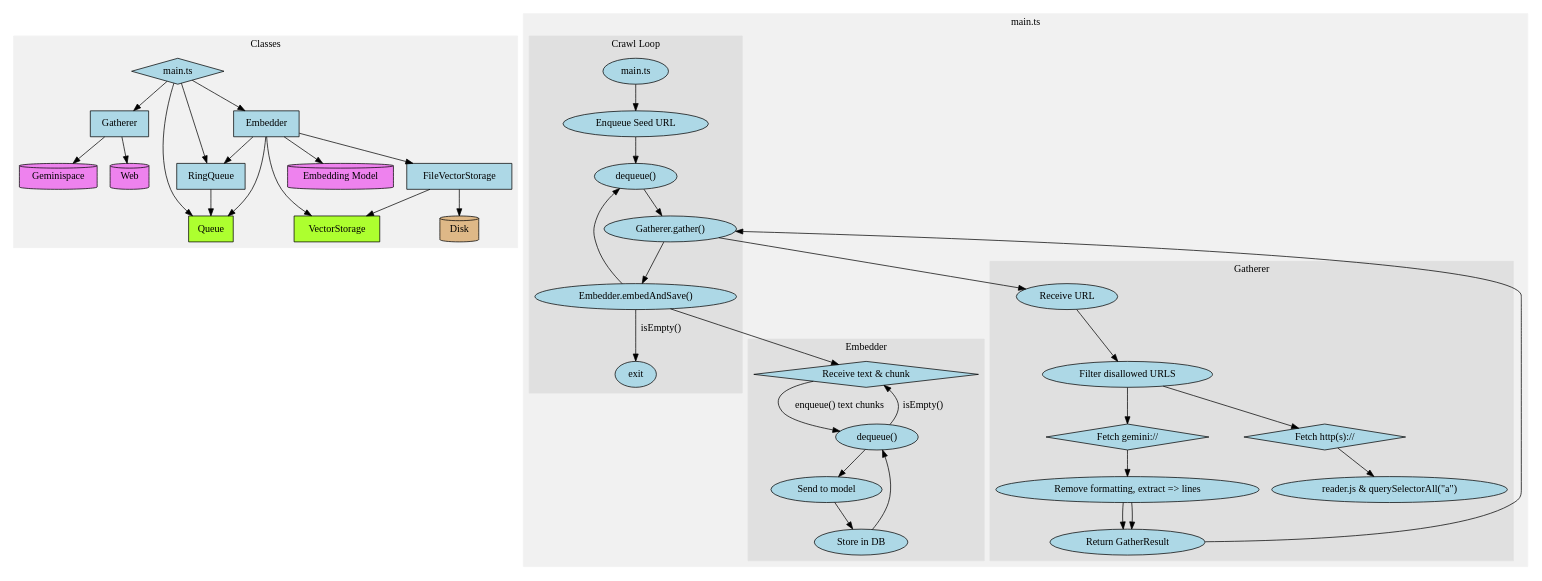
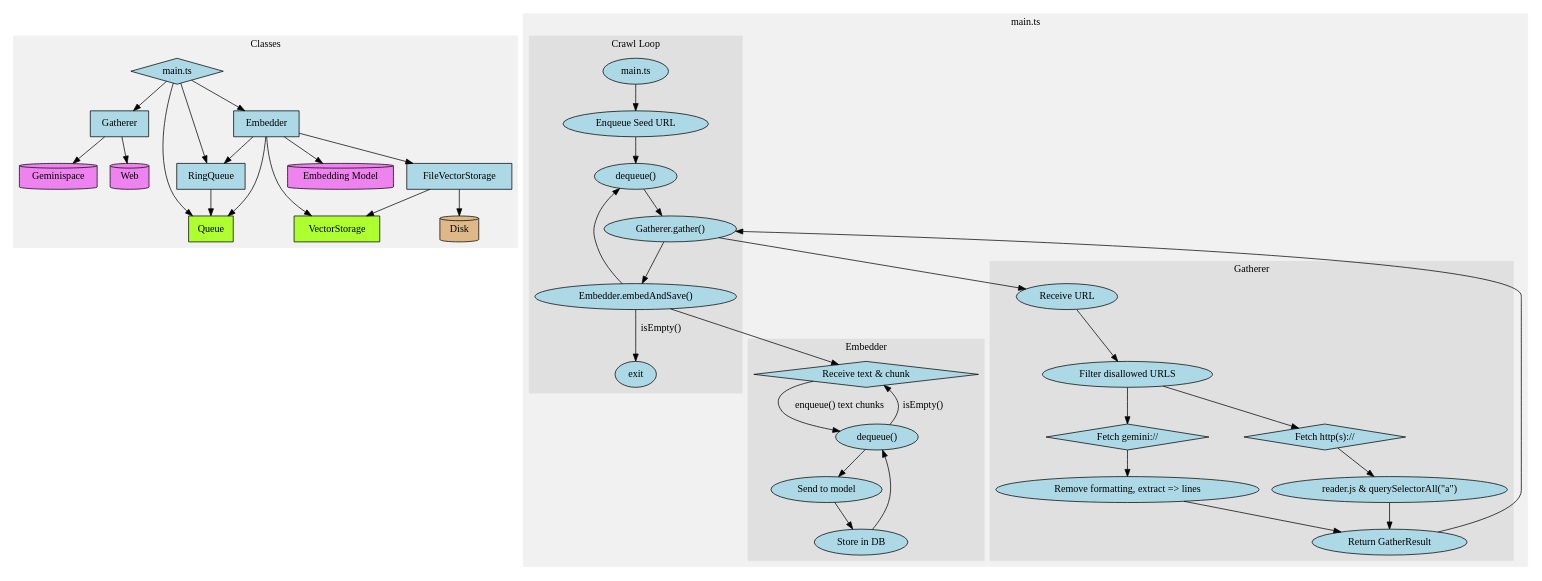
The diagram in design.dot (robog-two/grapevine), drawn with Graphviz before and after one commit. The commit also changed 3 other files, not shown here.

Commit message:
Fix another typo, add deno task for re-creating graphviz

```diff
--- a/design.dot
+++ b/design.dot
@@ -1,95 +1,95 @@
 digraph Grapevine {
   subgraph cluster_classes {
     graph [label = "Classes"; style = "filled"; color = "#f1f1f1";];
 
     node [style = filled;];
 
     maints [fillcolor = lightblue;label = "main.ts";shape = diamond;];
     ringqueue [fillcolor = lightblue;label = "RingQueue";shape = rect;];
     queue [fillcolor = greenyellow;label = "Queue";shape = rect;];
     gatherer [fillcolor = lightblue;label = "Gatherer";shape = rect;];
     embedder [fillcolor = lightblue;label = "Embedder";shape = rect;];
     vectorstorage [fillcolor = greenyellow;label = "VectorStorage";shape = rect;];
     filevectorstorage [fillcolor = lightblue;label = "FileVectorStorage";shape = rect;];
     disk [fillcolor = burlywood;label = "Disk";shape = cylinder;];
     web [fillcolor = violet;label = "Web";shape = cylinder;];
     gemini [fillcolor = violet;label = "Geminispace";shape = cylinder;];
     embedmodel [fillcolor = violet;label = "Embedding Model";shape = cylinder;];
 
     maints -> ringqueue;
     maints -> queue;
     ringqueue -> queue;
     maints -> gatherer;
     gatherer -> web;
     gatherer -> gemini;
     maints -> embedder;
     embedder -> ringqueue;
     embedder -> queue;
     embedder -> embedmodel;
     embedder -> vectorstorage;
     embedder -> filevectorstorage;
     filevectorstorage -> disk;
     filevectorstorage -> vectorstorage;
   }
 
   subgraph cluster_main {
     graph [label = "main.ts"; style = "filled"; color = "#f1f1f1";];
 
     node [style = filled;];
 
     subgraph cluster_crawl {
       graph [label = "Crawl Loop"; style = "filled"; color = "#e0e0e0";];
       entrypoint [fillcolor = lightblue;label = "main.ts";shape = ellipse;];
       seed [fillcolor = lightblue;label = "Enqueue Seed URL";shape = ellipse;];
       dequeue [fillcolor = lightblue;label = "dequeue()";shape = ellipse;];
       gather [fillcolor = lightblue;label = "Gatherer.gather()";shape = ellipse;];
       embed [fillcolor = lightblue;label = "Embedder.embedAndSave()";shape = ellipse;];
       exit [fillcolor = lightblue;label = "exit";shape = ellipse;];
 
       entrypoint -> seed
       seed -> dequeue
       dequeue -> gather
       gather -> embed
       embed -> exit [label = "isEmpty()"]
       embed -> dequeue
 
     }
 
     subgraph cluster_gather {
       graph [label = "Gatherer"; style = "filled"; color = "#e0e0e0";];
       gatherreceive [fillcolor = lightblue;label = "Receive URL";shape = ellipse;];
       fetchgemini [fillcolor = lightblue;label = "Fetch gemini://";shape = diamond;];
       fetchhttp [fillcolor = lightblue;label = "Fetch http(s)://";shape = diamond;];
       filter [fillcolor = lightblue;label = "Filter disallowed URLS";shape = ellipse;];
       extracthtml [fillcolor = lightblue;label = "reader.js & querySelectorAll(\"a\")";shape = ellipse;];
       extractgemtext [fillcolor = lightblue;label = "Remove formatting, extract => lines";shape = ellipse;];
       returngather [fillcolor = lightblue;label = "Return GatherResult";shape = ellipse;];
 
       gatherreceive -> filter
       filter -> fetchhttp
       filter -> fetchgemini
       fetchgemini -> extractgemtext
       fetchhttp -> extracthtml
       extractgemtext -> returngather
-      extractgemtext -> returngather
+      extracthtml -> returngather
     }
 
     subgraph cluster_embed {
       graph [label = "Embedder"; style = "filled"; color = "#e0e0e0";];
       embedwait [fillcolor = lightblue;label = "Receive text & chunk";shape = diamond;];
       embeddequeue [fillcolor = lightblue;label = "dequeue()";shape = ellipse;];
       embedsend [fillcolor = lightblue;label = "Send to model";shape = ellipse;];
       embedstore [fillcolor = lightblue;label = "Store in DB";shape = ellipse;];
 
       embedwait -> embeddequeue [label = "enqueue() text chunks";];
       embeddequeue -> embedwait [label = "isEmpty()";];
       embeddequeue -> embedsend;
       embedsend -> embedstore;
       embedstore -> embeddequeue;
     }
 
     gather -> gatherreceive
     returngather -> gather
     embed -> embedwait
   }
 }
```
